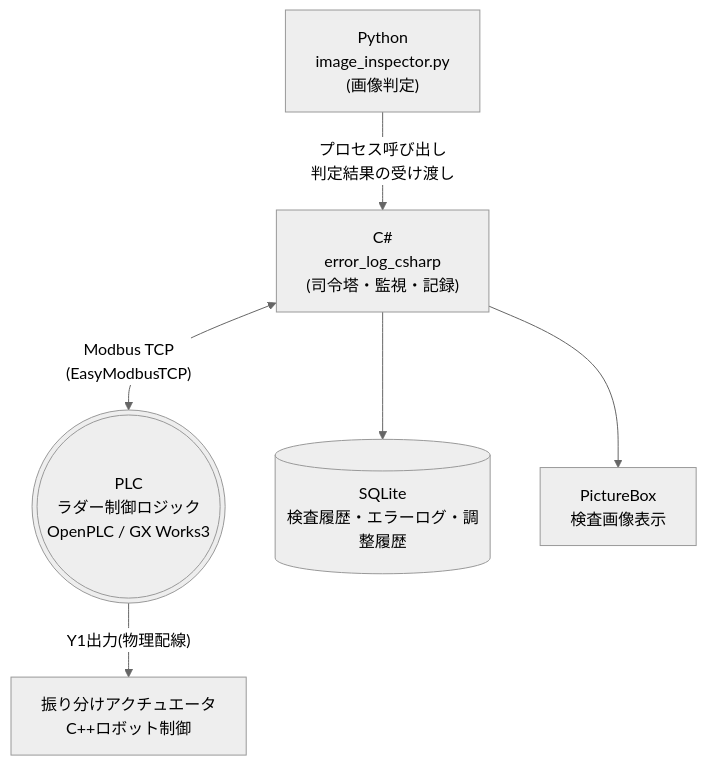
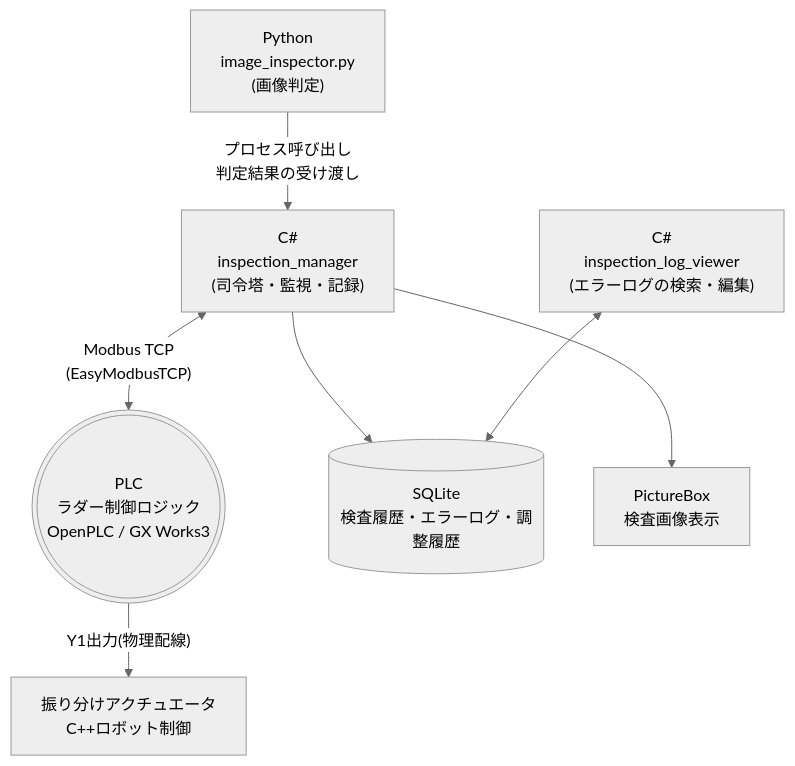
The diagram in README.md (sodatansan/inspection_line_plc), drawn with Mermaid (neutral theme) before and after one commit. The commit also changed other lines of this file, not shown here.

````diff
--- a/README.md
+++ b/README.md
@@ -27,16 +27,18 @@
 ```mermaid
 graph TB
     PLC((("PLC<br/>ラダー制御ロジック<br/>OpenPLC / GX Works3")))
 
-    CS["C#<br/>error_log_csharp<br/>(司令塔・監視・記録)"]
+    CS["C#<br/>inspection_manager<br/>(司令塔・監視・記録)"]
     PY["Python<br/>image_inspector.py<br/>(画像判定)"]
     ACT["振り分けアクチュエータ<br/>C++ロボット制御"]
     DB[("SQLite<br/>検査履歴・エラーログ・調整履歴")]
     UI["PictureBox<br/>検査画像表示"]
+    VW["C#<br/>inspection_log_viewer<br/>(エラーログの検索・編集)"]
 
     CS <-->|"Modbus TCP<br/>(EasyModbusTCP)"| PLC
     PLC -->|"Y1出力(物理配線)"| ACT
     PY -->|"プロセス呼び出し<br/>判定結果の受け渡し"| CS
     CS --> DB
     CS --> UI
+    VW <--> DB
 ```
````
